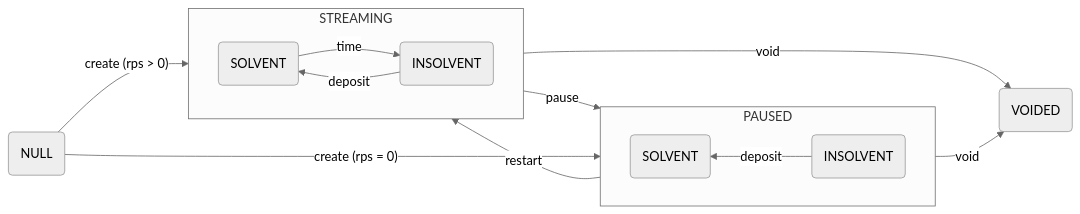
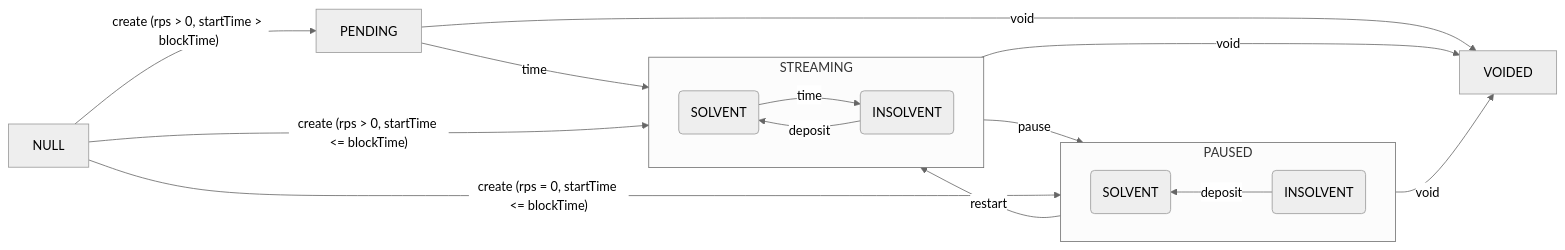
The first of 6 diagrams in docs/concepts/flow/02-statuses.md (sablier-labs/docs), drawn with Mermaid (neutral theme) before and after one commit. The commit also changed other lines of this file and 274 other files, not shown here.

````diff
--- a/docs/concepts/flow/02-statuses.md
+++ b/docs/concepts/flow/02-statuses.md
@@ -34,28 +36,28 @@
 ```mermaid
 flowchart LR
-  N(NULL)
-  V(VOIDED)
-
   subgraph PAUSED
     direction RL
     PS(SOLVENT)
     PI(INSOLVENT)
     PI -- "deposit" --> PS
   end
 
   subgraph STREAMING
     direction LR
     SS(SOLVENT)
     SI(INSOLVENT)
     SI -- "deposit" --> SS
     SS -- "time" --> SI
   end
 
+  PENDING -- "time" --> STREAMING
   STREAMING -- pause --> PAUSED
-  STREAMING -- void --> V
+  STREAMING -- void --> VOIDED
   PAUSED -- restart --> STREAMING
-  PAUSED -- void --> V
+  PAUSED -- void --> VOIDED
+  PENDING -- void --> VOIDED
 
-  N -- create (rps > 0) --> STREAMING
-  N -- create (rps = 0) --> PAUSED
+  NULL -- create (rps > 0, startTime > blockTime) --> PENDING
+  NULL -- create (rps > 0, startTime <= blockTime) --> STREAMING
+  NULL -- create (rps = 0, startTime <= blockTime) --> PAUSED
 ```
````
